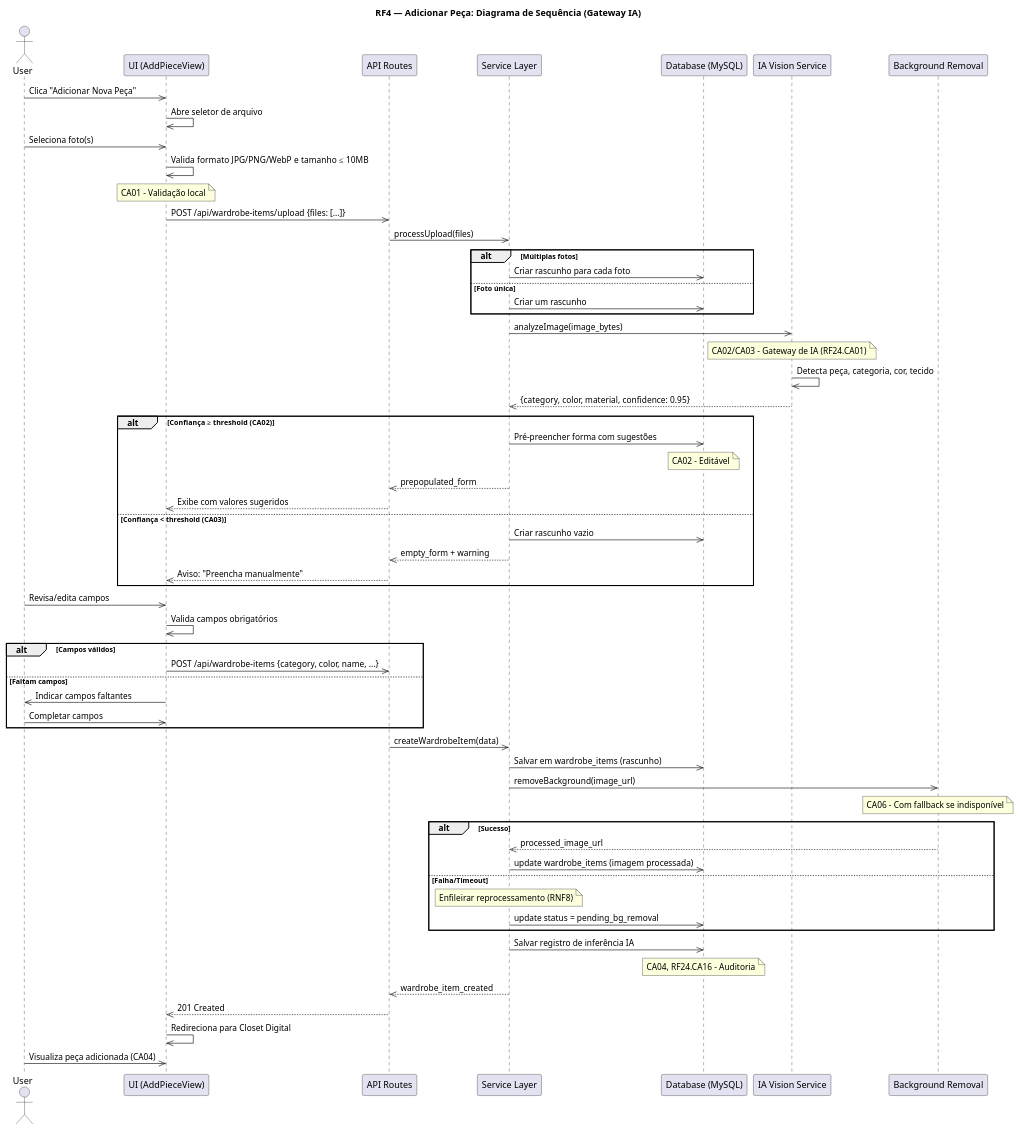
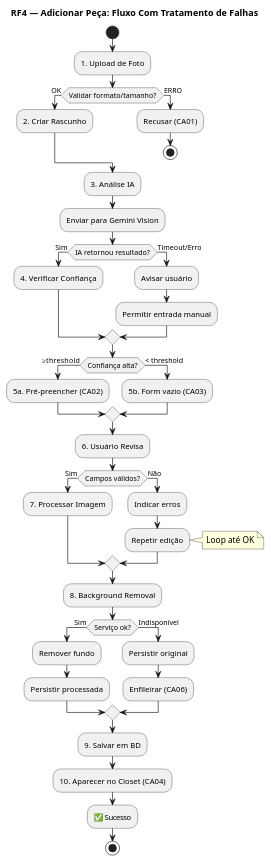
One commit to MatheusHaliski/SAI-TCC-2026 changed the second of 4 diagrams in rf4-adicionar-peca.puml. Above: the diagram before and after it, drawn with PlantUML. The commit also changed other lines of this file, not shown here.

First line of the commit message:
fix: Rewrite RF4 PlantUML to use activity diagrams only (fix syntax errors)

```diff
--- a/rf4-adicionar-peca.puml
+++ b/rf4-adicionar-peca.puml
@@ -102,79 +87,58 @@
-@startuml RF4_AdicionarPeca_Diagrama_Sequencia
+@startuml RF4_AdicionarPeca_Fluxo_Com_Falhas
 
-title RF4 — Adicionar Peça: Diagrama de Sequência (Gateway IA)
+title RF4 — Adicionar Peça: Fluxo Com Tratamento de Falhas
 
-actor User
-participant "UI (AddPieceView)" as UI
-participant "API Routes" as API
-participant "Service Layer" as SVC
-participant "Database (MySQL)" as DB
-participant "IA Vision Service" as IA
-participant "Background Removal" as BgRemove
+start
 
-User->>UI: Clica "Adicionar Nova Peça"
-UI->>UI: Abre seletor de arquivo
+:1. Upload de Foto;
 
-User->>UI: Seleciona foto(s)
-UI->>UI: Valida formato JPG/PNG/WebP e tamanho ≤ 10MB
-note over UI: CA01 - Validação local
+if (Validar formato/tamanho?) then (OK)
+    :2. Criar Rascunho;
+else (ERRO)
+    :Recusar (CA01);
+    stop
+endif
 
-UI->>API: POST /api/wardrobe-items/upload {files: [...]}
-API->>SVC: processUpload(files)
+:3. Análise IA;
+:Enviar para Gemini Vision;
 
-alt Múltiplas fotos
-    SVC->>DB: Criar rascunho para cada foto
-else Foto única
-    SVC->>DB: Criar um rascunho
-end
+if (IA retornou resultado?) then (Sim)
+    :4. Verificar Confiança;
+else (Timeout/Erro)
+    :Avisar usuário;
+    :Permitir entrada manual;
+endif
 
-SVC->>IA: analyzeImage(image_bytes)
-note over IA: CA02/CA03 - Gateway de IA (RF24.CA01)
+if (Confiança alta?) then (≥threshold)
+    :5a. Pré-preencher (CA02);
+else (< threshold)
+    :5b. Form vazio (CA03);
+endif
 
-IA->>IA: Detecta peça, categoria, cor, tecido
-IA-->>SVC: {category, color, material, confidence: 0.95}
+:6. Usuário Revisa;
 
-alt Confiança ≥ threshold (CA02)
-    SVC->>DB: Pré-preencher forma com sugestões
-    note over DB: CA02 - Editável
-    SVC-->>API: prepopulated_form
-    API-->>UI: Exibe com valores sugeridos
-else Confiança < threshold (CA03)
-    SVC->>DB: Criar rascunho vazio
-    SVC-->>API: empty_form + warning
-    API-->>UI: Aviso: "Preencha manualmente"
-end
+if (Campos válidos?) then (Sim)
+    :7. Processar Imagem;
+else (Não)
+    :Indicar erros;
+    :Repetir edição;
+    note right : Loop até OK
+endif
 
-User->>UI: Revisa/edita campos
-UI->>UI: Valida campos obrigatórios
+:8. Background Removal;
 
-alt Campos válidos
-    UI->>API: POST /api/wardrobe-items {category, color, name, ...}
-else Faltam campos
-    UI->>User: Indicar campos faltantes
-    User->>UI: Completar campos
-end
+if (Serviço ok?) then (Sim)
+    :Remover fundo;
+    :Persistir processada;
+else (Indisponível)
+    :Persistir original;
+    :Enfileirar (CA06);
+endif
 
-API->>SVC: createWardrobeItem(data)
-SVC->>DB: Salvar em wardrobe_items (rascunho)
+:9. Salvar em BD;
+:10. Aparecer no Closet (CA04);
+:✅ Sucesso;
 
-SVC->>BgRemove: removeBackground(image_url)
-note over BgRemove: CA06 - Com fallback se indisponível
-
-alt Sucesso
-    BgRemove-->>SVC: processed_image_url
-    SVC->>DB: update wardrobe_items (imagem processada)
-else Falha/Timeout
-    note over SVC: Enfileirar reprocessamento (RNF8)
-    SVC->>DB: update status = pending_bg_removal
-end
-
-SVC->>DB: Salvar registro de inferência IA
-note over DB: CA04, RF24.CA16 - Auditoria
-
-SVC-->>API: wardrobe_item_created
-API-->>UI: 201 Created
-
-UI->>UI: Redireciona para Closet Digital
-User->>UI: Visualiza peça adicionada (CA04)
+stop
 
 @enduml
```
